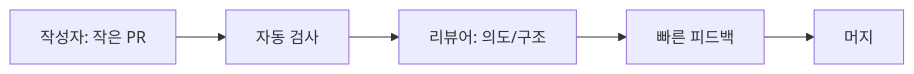
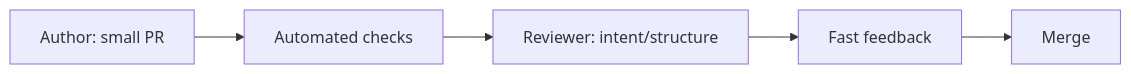
One commit to yeongseon-books/book-content changed the diagram in content/clean-code-101/ko/10-good-code-review.md. Above: the diagram before and after it, drawn with Mermaid. The commit also changed other lines of this file and 9 other files, not shown here.

````diff
--- a/content/clean-code-101/ko/10-good-code-review.md
+++ b/content/clean-code-101/ko/10-good-code-review.md
@@ -40,7 +46,7 @@
 ```mermaid
 flowchart LR
-    A["작성자: 작은 PR"] --> B["자동 검사"]
-    B --> C["리뷰어: 의도/구조"]
-    C --> D["빠른 피드백"]
-    D --> E["머지"]
+    A["Author: small PR"] --> B["Automated checks"]
+    B --> C["Reviewer: intent/structure"]
+    C --> D["Fast feedback"]
+    D --> E["Merge"]
 ```
````
